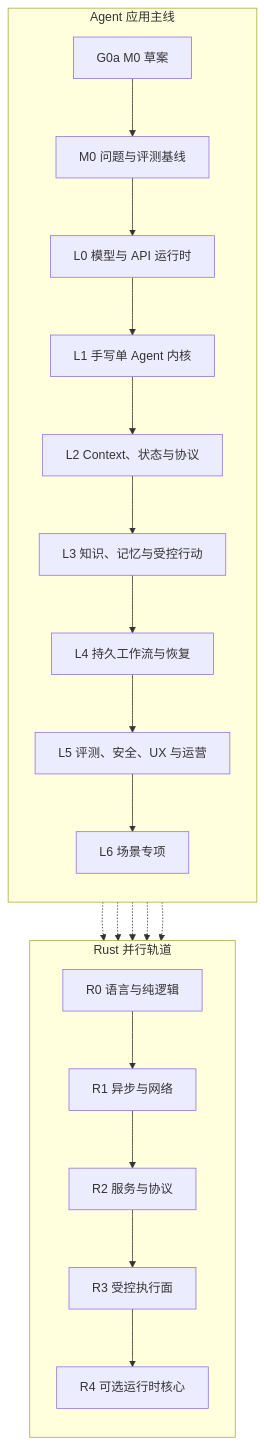
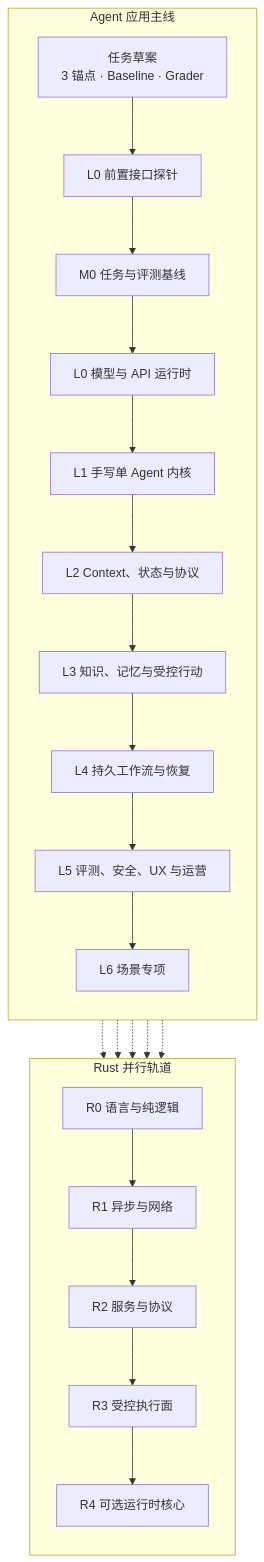
One commit to whatthehan/masterpiece-static-docs changed the diagram in site/00-导读/05-从学习到转型的完整路线.md. Above: the diagram before and after it, drawn with Mermaid. The commit also changed other lines of this file and 152 other files, not shown here.

````diff
--- a/site/00-导读/05-从学习到转型的完整路线.md
+++ b/site/00-导读/05-从学习到转型的完整路线.md
@@ -9,28 +9,29 @@
 ```mermaid
 flowchart TD
     subgraph MAIN["Agent 应用主线"]
         direction TB
-        G0A["G0a M0 草案"] --> M0["M0 问题与评测基线"]
+        DRAFT["任务草案<br/>3 锚点 · Baseline · Grader"] --> PROBE["L0 前置接口探针"]
+        PROBE --> M0["M0 任务与评测基线"]
         M0 --> L0["L0 模型与 API 运行时"]
         L0 --> L1["L1 手写单 Agent 内核"]
         L1 --> L2["L2 Context、状态与协议"]
         L2 --> L3["L3 知识、记忆与受控行动"]
         L3 --> L4["L4 持久工作流与恢复"]
         L4 --> L5["L5 评测、安全、UX 与运营"]
         L5 --> L6["L6 场景专项"]
     end
 
     subgraph RUST["Rust 并行轨道"]
         direction TB
         R0["R0 语言与纯逻辑"] --> R1["R1 异步与网络"]
         R1 --> R2["R2 服务与协议"]
         R2 --> R3["R3 受控执行面"]
         R3 --> R4["R4 可选运行时核心"]
     end
 
     L0 -.-> R0
     L1 -.-> R1
     L2 -.-> R2
     L3 -.-> R3
     L6 -.-> R4
 ```
````
